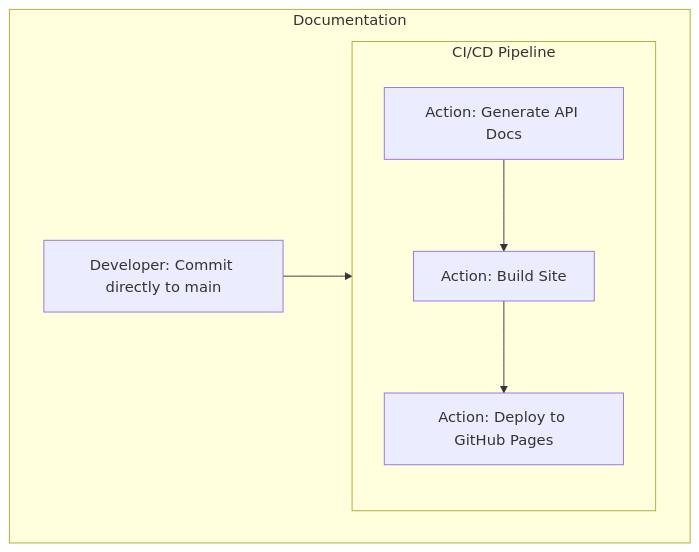
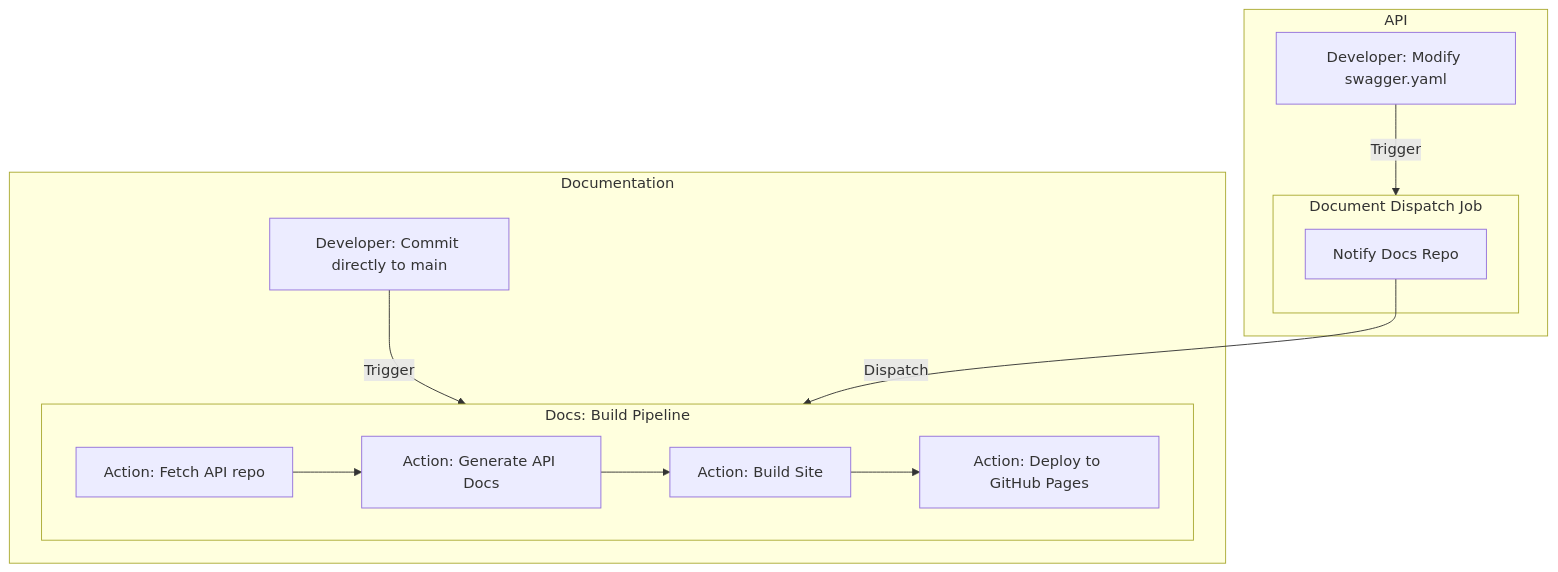
One commit to WolfControl/wolfcontrol.github.io changed the fourth of 4 diagrams in content/developers/design.md. Above: the diagram before and after it, drawn with Mermaid.

Commit message:
update doc workflow chart

````diff
--- a/content/developers/design.md
+++ b/content/developers/design.md
@@ -137,15 +137,25 @@
 ```mermaid
 flowchart TB
 subgraph Documentation
     D1[Developer: Commit directly to main]
-    subgraph DP["CI/CD Pipeline"]
-        D2[Action: Generate API Docs]
-        D3[Action: Build Site]
-        D4[Action: Deploy to GitHub Pages]
+    subgraph DP["Docs: Build Pipeline"]
+        D2[Action: Fetch API repo]
+        D3[Action: Generate API Docs]
+        D4[Action: Build Site]
+        D5[Action: Deploy to GitHub Pages]
     end
-    D1 --> DP
+end
+subgraph API
+    A1[Developer: Modify swagger.yaml]
+    subgraph AP["Document Dispatch Job"]
+        DD[Notify Docs Repo]
+    end
+end
+
+    A1 -- "Trigger" --> AP
+    D1 -- "Trigger" --> DP
+    DD -- "Dispatch" --> DP
     D2 --> D3
     D3 --> D4
-    
-end
+    D4 --> D5
 ```
````
